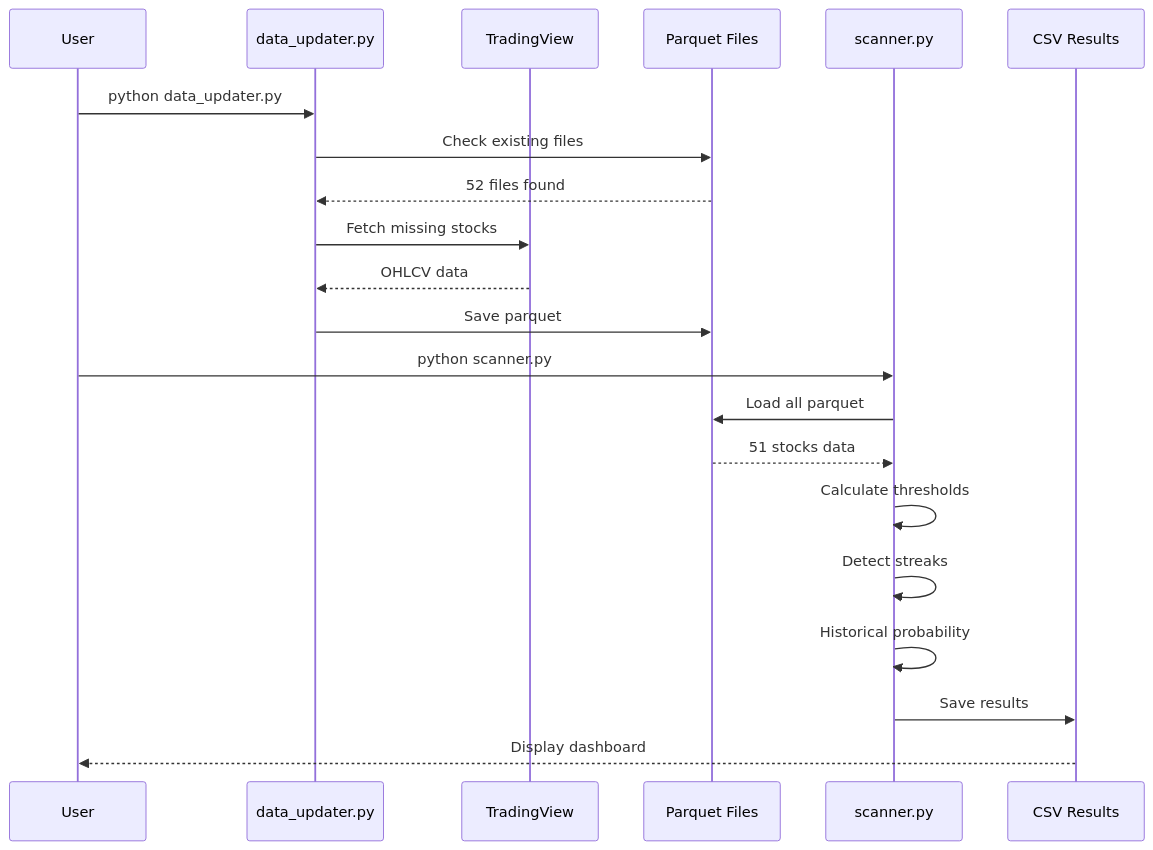
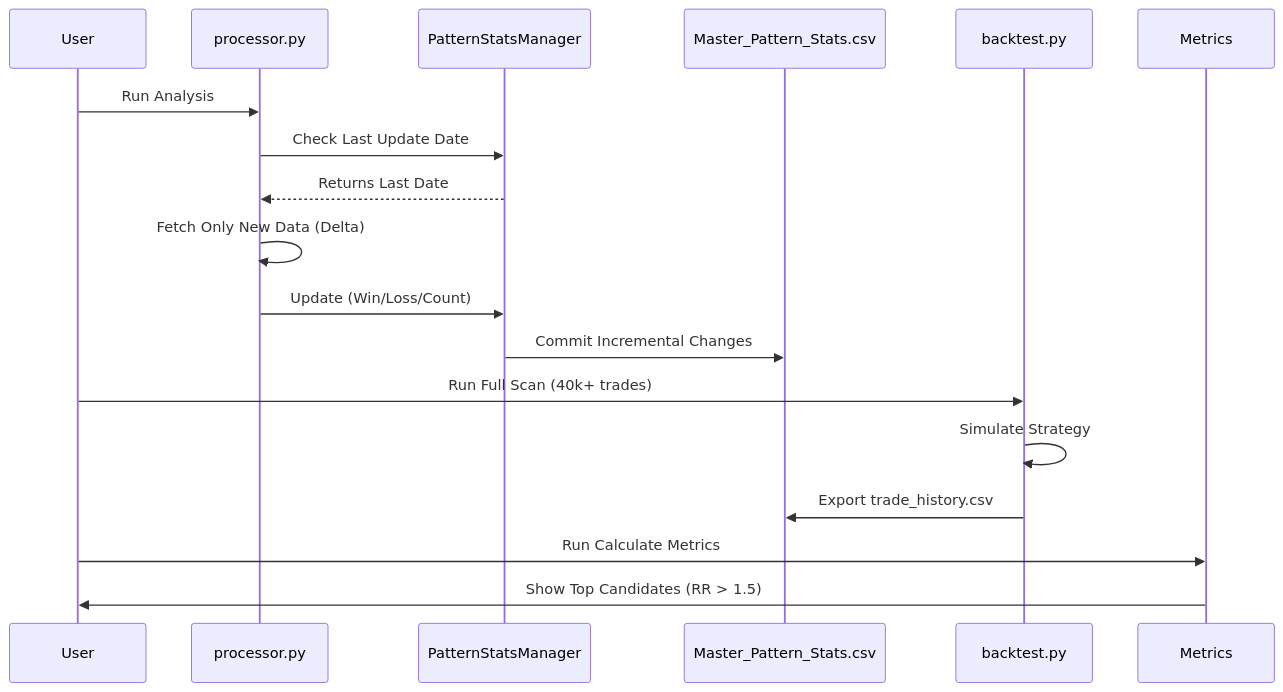
Before and after one commit to phonlapatS/daily-stock-suggest: the second of 2 diagrams in docs/SYSTEM_WORKFLOW.md, drawn with Mermaid. The commit also changed other lines of this file, not shown here.

Commit message:
docs: Update System Workflow to reflect V3.3 architecture and features

````diff
--- a/docs/SYSTEM_WORKFLOW.md
+++ b/docs/SYSTEM_WORKFLOW.md
@@ -46,25 +41,21 @@
 ```mermaid
 sequenceDiagram
     participant User
-    participant Updater as data_updater.py
-    participant TV as TradingView
-    participant Files as Parquet Files
-    participant Scanner as scanner.py
-    participant Output as CSV Results
+    participant Processor as processor.py
+    participant StatsMgr as PatternStatsManager
+    participant CSV as Master_Pattern_Stats.csv
+    participant Backtest as backtest.py
     
-    User->>Updater: python data_updater.py
-    Updater->>Files: Check existing files
-    Files-->>Updater: 52 files found
-    Updater->>TV: Fetch missing stocks
-    TV-->>Updater: OHLCV data
-    Updater->>Files: Save parquet
+    User->>Processor: Run Analysis
+    Processor->>StatsMgr: Check Last Update Date
+    StatsMgr-->>Processor: Returns Last Date
+    Processor->>Processor: Fetch Only New Data (Delta)
+    Processor->>StatsMgr: Update (Win/Loss/Count)
+    StatsMgr->>CSV: Commit Incremental Changes
     
-    User->>Scanner: python scanner.py
-    Scanner->>Files: Load all parquet
-    Files-->>Scanner: 51 stocks data
-    Scanner->>Scanner: Calculate thresholds
-    Scanner->>Scanner: Detect streaks
-    Scanner->>Scanner: Historical probability
-    Scanner->>Output: Save results
-    Output-->>User: Display dashboard
+    User->>Backtest: Run Full Scan (40k+ trades)
+    Backtest->>Backtest: Simulate Strategy
+    Backtest->>CSV: Export trade_history.csv
+    User->>Metrics: Run Calculate Metrics
+    Metrics->>User: Show Top Candidates (RR > 1.5)
 ```
````
